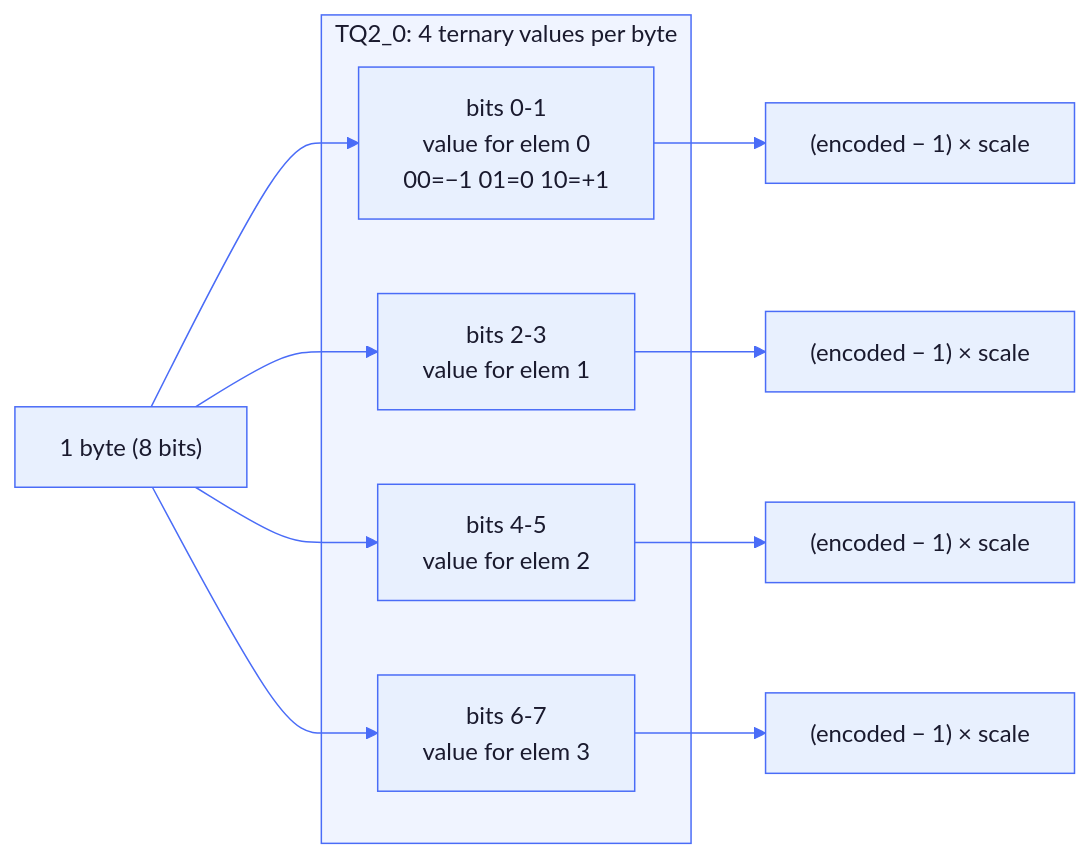
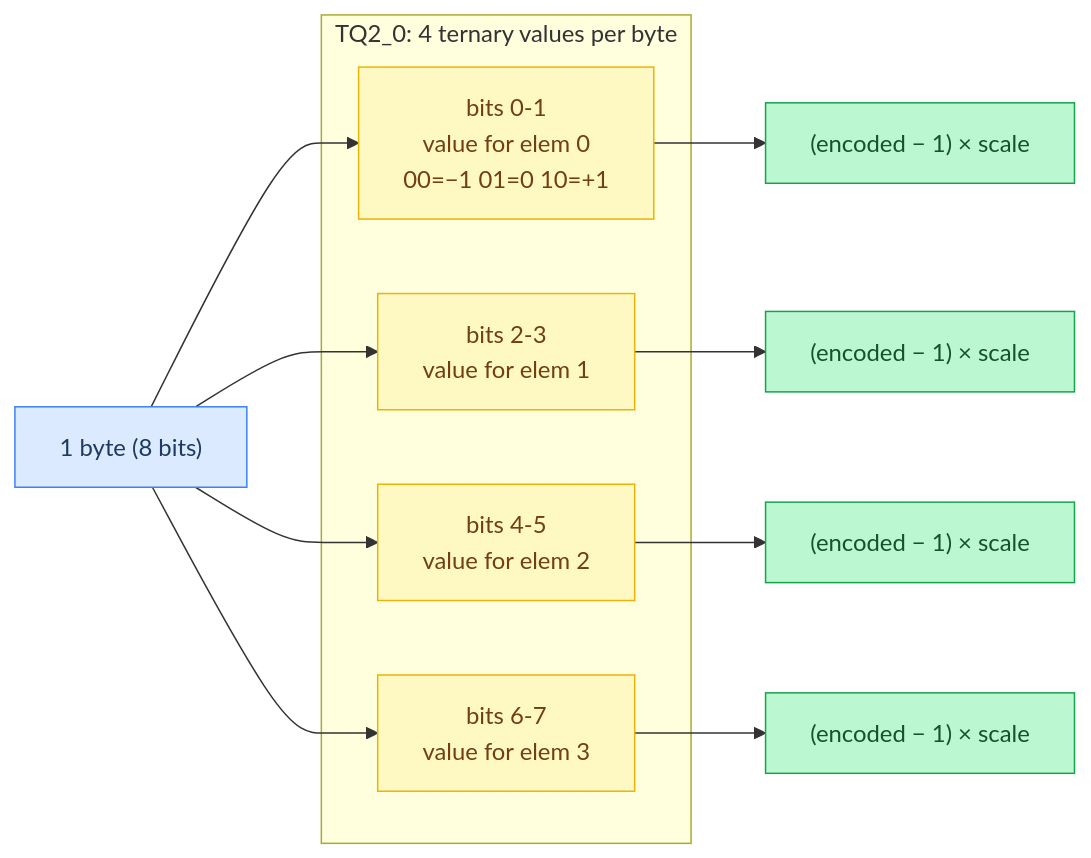
Before and after one commit to maci0/agave: the third of 8 diagrams in docs/tutorial/04-quantization.md, drawn with Mermaid. The commit also changed other lines of this file and 24 other files, not shown here.

First line of the commit message:
docs: convert all mermaid diagrams to classDef semantic colors

````diff
--- a/docs/tutorial/04-quantization.md
+++ b/docs/tutorial/04-quantization.md
@@ -329,35 +324,36 @@
 ```mermaid
-%%{init: {'theme': 'base', 'themeVariables': {
-  'primaryColor': '#e8f0fe',
-  'primaryTextColor': '#1a1a2e',
-  'primaryBorderColor': '#4a6cf7',
-  'lineColor': '#4a6cf7',
-  'secondaryColor': '#f0f4ff',
-  'tertiaryColor': '#f8f9ff',
-  'edgeLabelBackground': '#ffffff',
-  'clusterBkg': '#f0f4ff',
-  'clusterBorder': '#4a6cf7',
-  'titleColor': '#1a1a2e',
-  'nodeTextColor': '#1a1a2e',
-  'fontFamily': 'ui-monospace, SFMono-Regular, monospace'
-}}}%%
 flowchart LR
-    Byte["1 byte (8 bits)"]
+    classDef setup     fill:#dbeafe,stroke:#3b82f6,color:#1e3a5f
+    classDef sync      fill:#dcfce7,stroke:#22c55e,color:#14532d
+    classDef migration fill:#fef9c3,stroke:#eab308,color:#713f12
+    classDef success   fill:#bbf7d0,stroke:#16a34a,color:#14532d
+    classDef danger    fill:#fee2e2,stroke:#ef4444,color:#7f1d1d
+    classDef optional  fill:#f3e8ff,stroke:#9333ea,color:#581c87
 
-    Byte --> P0["bits 0-1\nvalue for elem 0\n00=−1  01=0  10=+1"]
-    Byte --> P1["bits 2-3\nvalue for elem 1"]
-    Byte --> P2["bits 4-5\nvalue for elem 2"]
-    Byte --> P3["bits 6-7\nvalue for elem 3"]
+    Byte["1 byte (8 bits)"]:::setup
+    P0["bits 0-1\nvalue for elem 0\n00=−1  01=0  10=+1"]:::migration
+    P1["bits 2-3\nvalue for elem 1"]:::migration
+    P2["bits 4-5\nvalue for elem 2"]:::migration
+    P3["bits 6-7\nvalue for elem 3"]:::migration
+    DQ0["(encoded − 1) × scale"]:::success
+    DQ1["(encoded − 1) × scale"]:::success
+    DQ2["(encoded − 1) × scale"]:::success
+    DQ3["(encoded − 1) × scale"]:::success
 
-    P0 --> DQ0["(encoded − 1) × scale"]
-    P1 --> DQ1["(encoded − 1) × scale"]
-    P2 --> DQ2["(encoded − 1) × scale"]
-    P3 --> DQ3["(encoded − 1) × scale"]
+    Byte --> P0
+    Byte --> P1
+    Byte --> P2
+    Byte --> P3
+
+    P0 --> DQ0
+    P1 --> DQ1
+    P2 --> DQ2
+    P3 --> DQ3
 
     subgraph TQ2_0["TQ2_0: 4 ternary values per byte"]
         P0
         P1
         P2
         P3
     end
 ```
````
